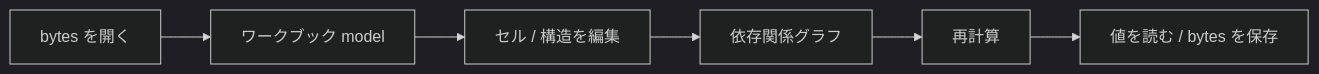
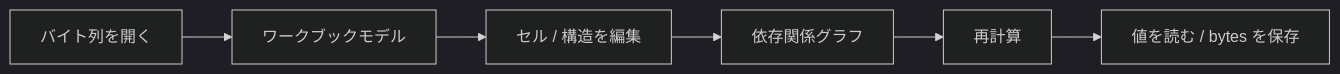
One commit to libraz/formulon-homepage changed the diagram in src/ja/workbook/index.md. Above: the diagram before and after it, drawn with Mermaid (dark theme). The commit also changed other lines of this file and 49 other files, not shown here.

````diff
--- a/src/ja/workbook/index.md
+++ b/src/ja/workbook/index.md
@@ -5,8 +5,8 @@
 ```mermaid
 flowchart LR
-  A[bytes を開く] --> B[ワークブック model]
+  A[バイト列を開く] --> B[ワークブックモデル]
   B --> C[セル / 構造を編集]
   C --> D[依存関係グラフ]
   D --> E[再計算]
   E --> F[値を読む / bytes を保存]
 ```
````
